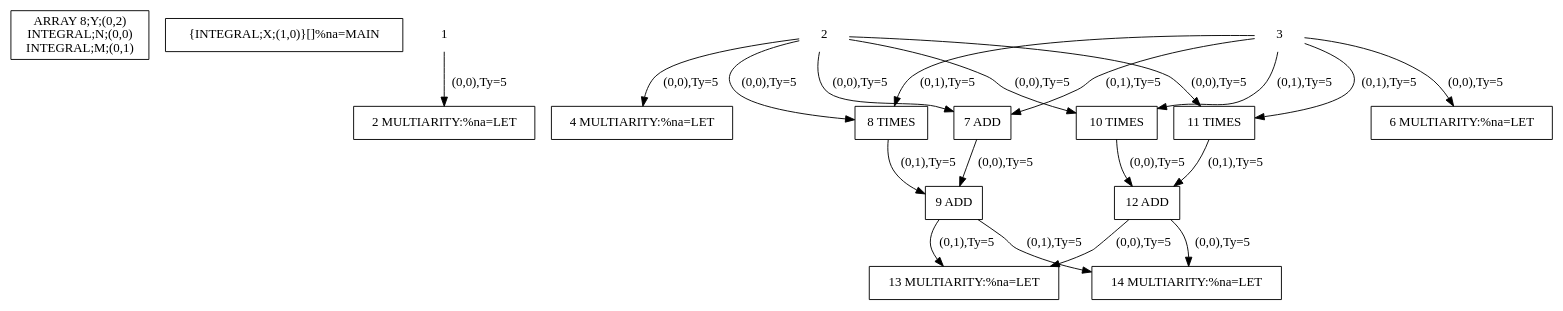
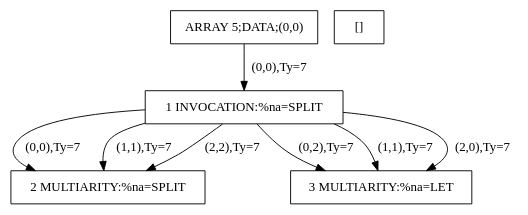
The diagram in exp.dot (qram9/sisal), drawn with Graphviz before and after one commit. The commit also changed 6 other files, not shown here.

```diff
--- a/exp.dot
+++ b/exp.dot
@@ -1,37 +1,14 @@
 digraph R {
 newrank=true;
-IN00 [shape=rect;label="ARRAY 8;Y;(0,2)\nINTEGRAL;N;(0,0)\nINTEGRAL;M;(0,1)"];
-OUT00 [shape=rect;label="{INTEGRAL;X;(1,0)}[]%na=MAIN"];
-01 [shape=plaintext;label="1"];
-02 [shape=rect;label="2 MULTIARITY:%na=LET"];
-03 [shape=plaintext;label="2"];
-04 [shape=rect;label="4 MULTIARITY:%na=LET"];
-05 [shape=plaintext;label="3"];
-06 [shape=rect;label="6 MULTIARITY:%na=LET"];
-07 [shape=rect;label="7 ADD"];
-08 [shape=rect;label="8 TIMES"];
-09 [shape=rect;label="9 ADD"];
-010 [shape=rect;label="10 TIMES"];
-011 [shape=rect;label="11 TIMES"];
-012 [shape=rect;label="12 ADD"];
-013 [shape=rect;label="13 MULTIARITY:%na=LET"];
-014 [shape=rect;label="14 MULTIARITY:%na=LET"]
-01 ->  02 [label="(0,0),Ty=5"]
-03 ->  04 [label="(0,0),Ty=5"]
-03 ->  07 [label="(0,0),Ty=5"]
-03 ->  08 [label="(0,0),Ty=5"]
-03 ->  010 [label="(0,0),Ty=5"]
-03 ->  011 [label="(0,0),Ty=5"]
-05 ->  06 [label="(0,0),Ty=5"]
-05 ->  07 [label="(0,1),Ty=5"]
-05 ->  08 [label="(0,1),Ty=5"]
-05 ->  010 [label="(0,1),Ty=5"]
-05 ->  011 [label="(0,1),Ty=5"]
-07 ->  09 [label="(0,0),Ty=5"]
-08 ->  09 [label="(0,1),Ty=5"]
-09 ->  013 [label="(0,1),Ty=5"]
-09 ->  014 [label="(0,1),Ty=5"]
-010 ->  012 [label="(0,0),Ty=5"]
-011 ->  012 [label="(0,1),Ty=5"]
-012 ->  013 [label="(0,0),Ty=5"]
-012 ->  014 [label="(0,0),Ty=5"]}
+IN00 [shape=rect;label="ARRAY 5;DATA;(0,0)"];
+OUT00 [shape=rect;label="[]"];
+01 [shape=rect;label="1 INVOCATION:%na=SPLIT"];
+02 [shape=rect;label="2 MULTIARITY:%na=SPLIT"];
+03 [shape=rect;label="3 MULTIARITY:%na=LET"]
+IN00 ->  01 [label="(0,0),Ty=7"]
+01 ->  02 [label="(0,0),Ty=7"]
+01 ->  02 [label="(1,1),Ty=7"]
+01 ->  02 [label="(2,2),Ty=7"]
+01 ->  03 [label="(0,2),Ty=7"]
+01 ->  03 [label="(1,1),Ty=7"]
+01 ->  03 [label="(2,0),Ty=7"]}
```
